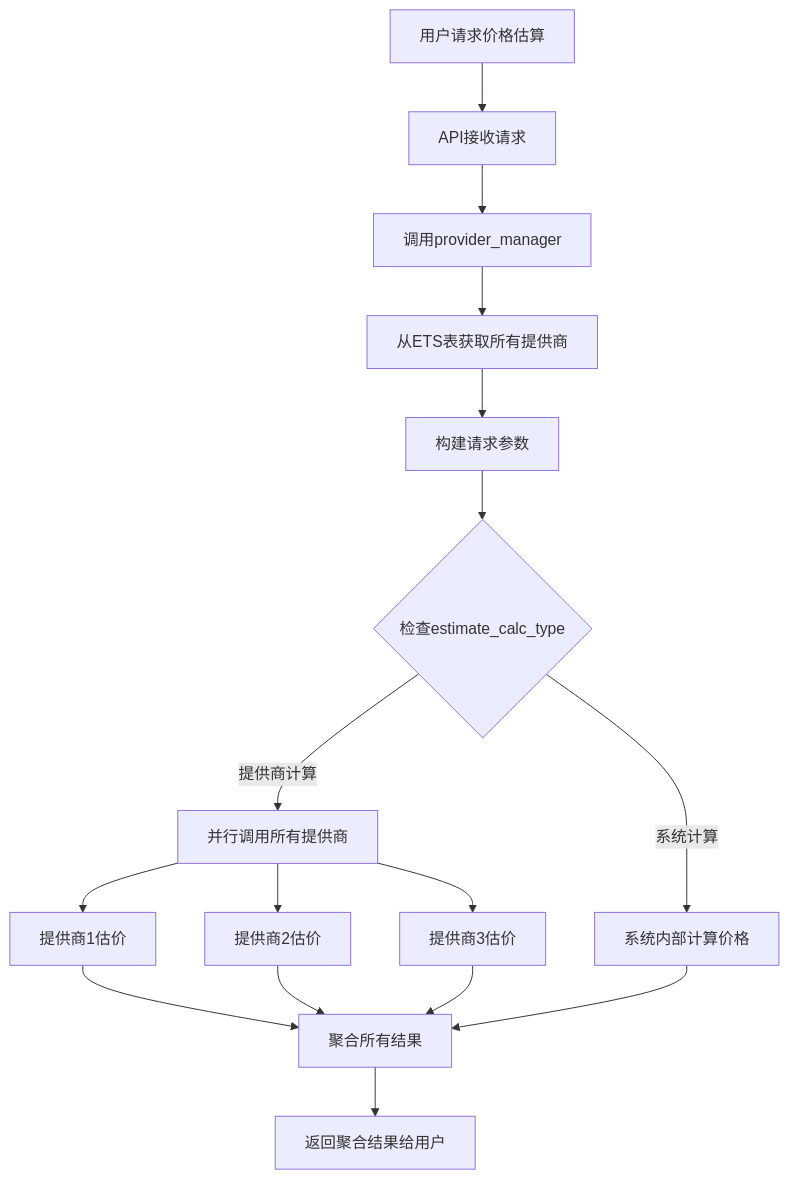
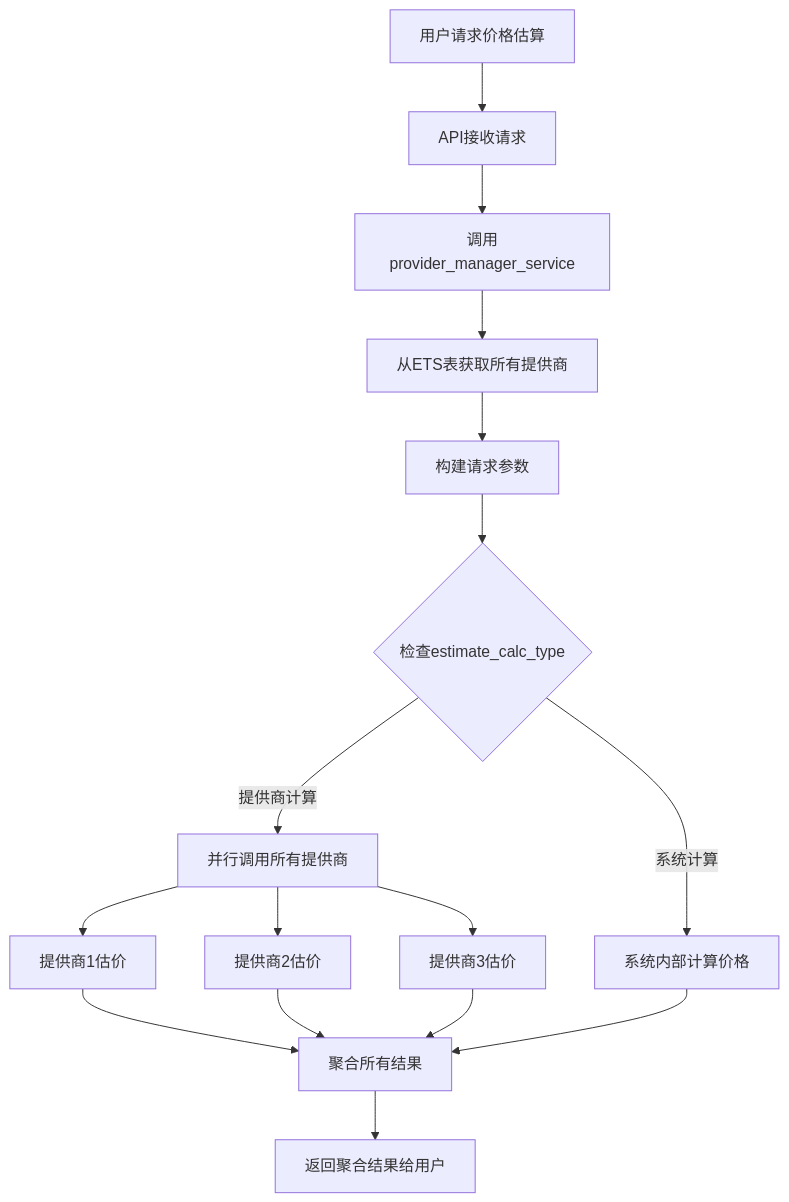
The third of 6 diagrams in 企业网约车后台服务分析.md (gch8537445/ExternalTransService_erlang), drawn with Mermaid before and after one commit. The commit also changed other lines of this file and 5 other files, not shown here.

Commit message:
provider_manager ---> provider_manager_service

````diff
--- a/企业网约车后台服务分析.md
+++ b/企业网约车后台服务分析.md
@@ -128,22 +128,22 @@
 ```mermaid
 flowchart TD
     A[用户请求价格估算] --> B[API接收请求]
-    B --> C[调用provider_manager]
+    B --> C[调用provider_manager_service]
     C --> D[从ETS表获取所有提供商]
     D --> E[构建请求参数]
     E --> F{检查estimate_calc_type}
     
     F -- 系统计算 --> G[系统内部计算价格]
     F -- 提供商计算 --> H[并行调用所有提供商]
     
     H --> I1[提供商1估价]
     H --> I2[提供商2估价]
     H --> I3[提供商3估价]
     
     I1 --> J[聚合所有结果]
     I2 --> J
     I3 --> J
     G --> J
     
     J --> K[返回聚合结果给用户]
 ```
````
